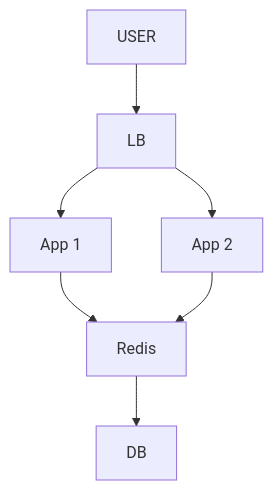
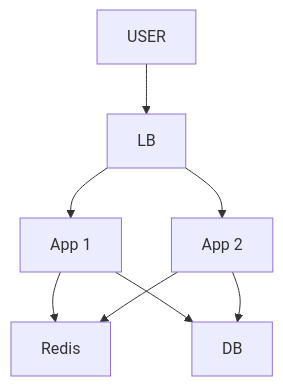
Before and after one commit to ArpanMaheshwari144/Prep: the third of 11 diagrams in 04_HLD/SYSTEM_DESIGNS/01_url_shortener/01_url_shortener.md, drawn with Mermaid. The commit also changed other lines of this file and 7 other files, not shown here.

Commit message:
HLD design files: tathya theek (Cassandra copies, bit.ly 301, presigned size limit, ES union, docs version key, BMS dikkat 6, chat cursor misaal) + URL / rate limiter diagram (App -> DB, Route 53 -> LB / WAF -> ALB)

````diff
--- a/04_HLD/SYSTEM_DESIGNS/01_url_shortener/01_url_shortener.md
+++ b/04_HLD/SYSTEM_DESIGNS/01_url_shortener/01_url_shortener.md
@@ -146,15 +146,16 @@
 ```mermaid
 flowchart TD
     n_USER["USER"]
     n_LB["LB"]
     n_App_x_N_1["App 1"]
     n_App_x_N_2["App 2"]
     n_Redis["Redis"]
     n_DB["DB"]
     n_USER --> n_LB
     n_LB --> n_App_x_N_1
     n_LB --> n_App_x_N_2
     n_App_x_N_1 --> n_Redis
     n_App_x_N_2 --> n_Redis
-    n_Redis --> n_DB
+    n_App_x_N_1 --> n_DB
+    n_App_x_N_2 --> n_DB
 ```
````
